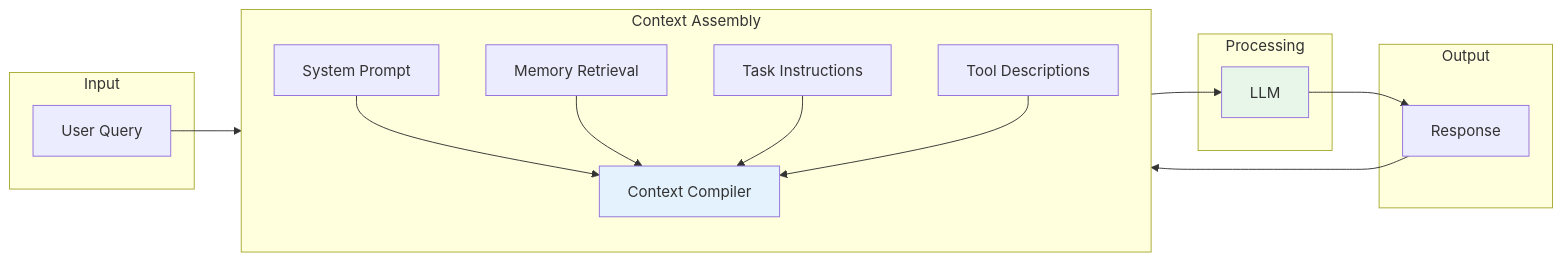
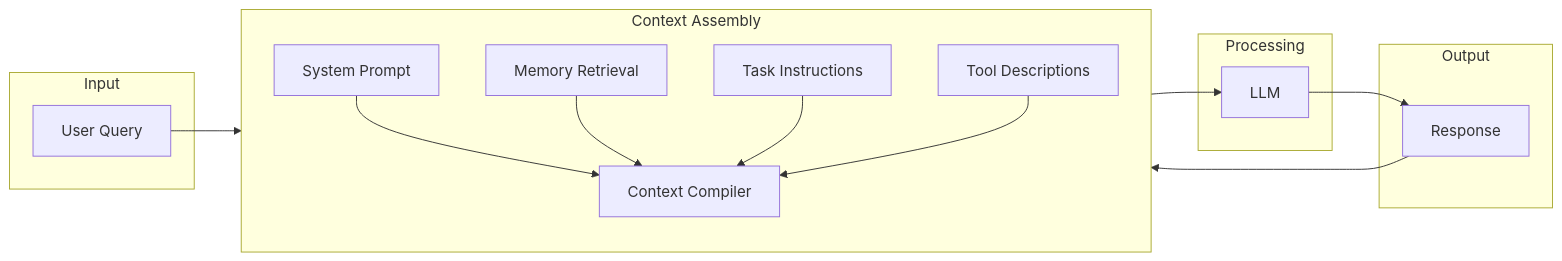
Before and after one commit to yuexiaoliang/prompt-engineering-learning: the second of 6 diagrams in 05-context-engineering-en.md, drawn with Mermaid. The commit also changed other lines of this file, not shown here.

Commit message:
fix: remove hardcoded Mermaid fill colors for light/dark theme auto-adaptation

````diff
--- a/05-context-engineering-en.md
+++ b/05-context-engineering-en.md
@@ -105,35 +100,32 @@
 ```mermaid
 flowchart LR
     subgraph "Input"
         U[User Query]
     end
 
     subgraph "Context Assembly"
         direction TB
         S[System Prompt]
         M[Memory Retrieval]
         T[Task Instructions]
         D[Tool Descriptions]
 
         S --> C[Context Compiler]
         M --> C
         T --> C
         D --> C
     end
 
     subgraph "Processing"
         L[LLM]
     end
 
     subgraph "Output"
         R[Response]
     end
 
-    U --> C
+        U --> C
     C --> L
     L --> R
     R --> M
-
-    style C fill:#e3f2fd
-    style L fill:#e8f5e9
 ```
````
